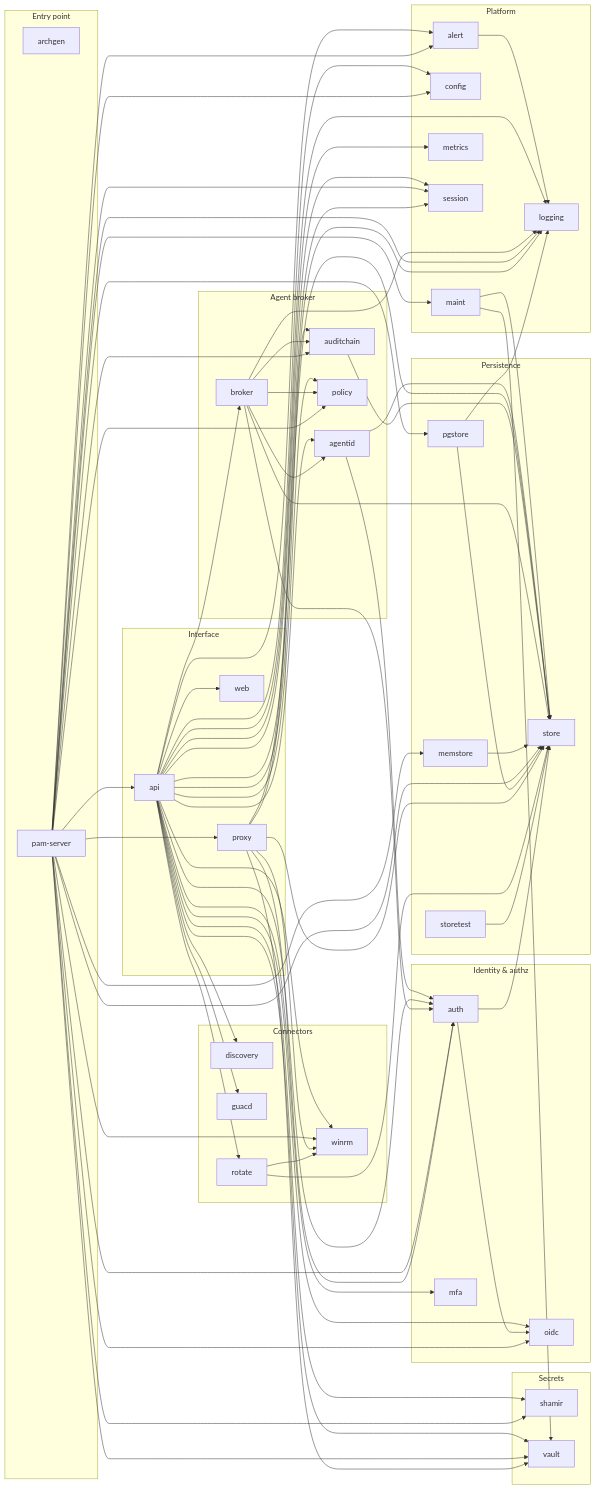
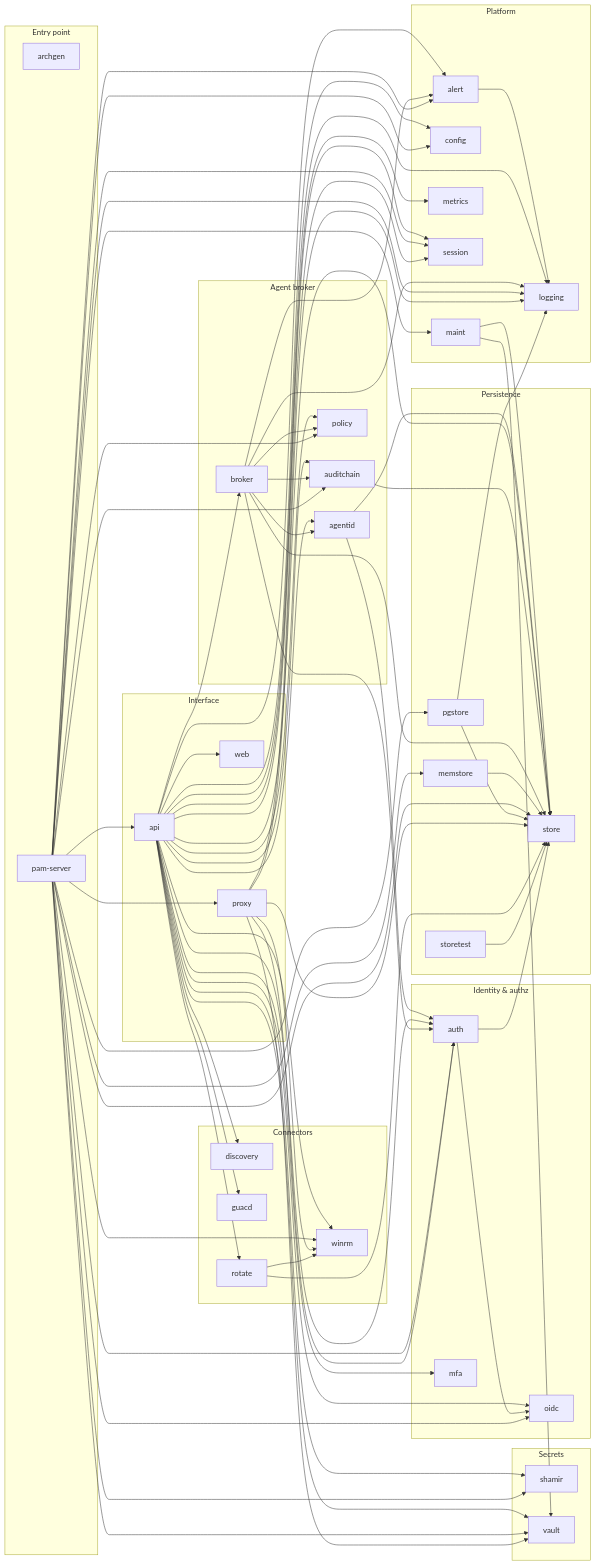
Before and after one commit to morandeirachema/pamv1: the first of 2 diagrams in docs/ARCHITECTURE-DIAGRAMS.md, drawn with Mermaid. The commit also changed other lines of this file and 15 other files, not shown here.

```diff
--- a/docs/ARCHITECTURE-DIAGRAMS.md
+++ b/docs/ARCHITECTURE-DIAGRAMS.md
@@ -88,6 +88,7 @@
   n_auth --> n_oidc
   n_auth --> n_store
   n_broker --> n_agentid
+  n_broker --> n_alert
   n_broker --> n_auditchain
   n_broker --> n_auth
   n_broker --> n_logging
```
